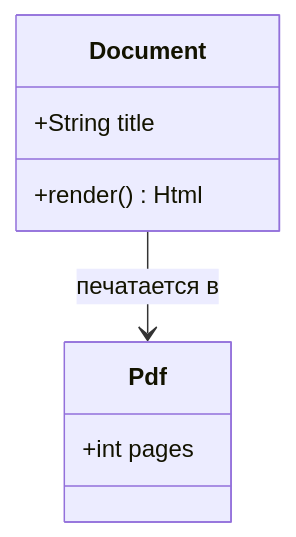
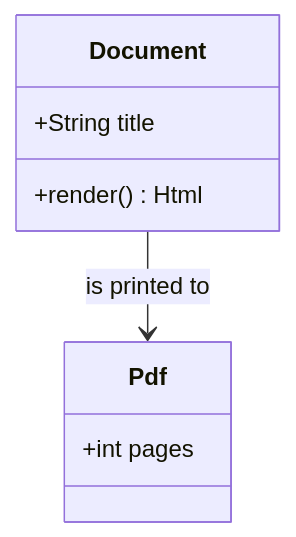
One commit to Kseen715/md2pdfX changed the third of 8 diagrams in examples/mermaid.md. Above: the diagram before and after it, drawn with Mermaid. The commit also changed other lines of this file and 25 other files, not shown here.

````diff
--- a/examples/mermaid.md
+++ b/examples/mermaid.md
@@ -35,11 +35,11 @@
 ```mermaid
 classDiagram
     class Document {
         +String title
         +render() Html
     }
     class Pdf {
         +int pages
     }
-    Document --> Pdf : печатается в
+    Document --> Pdf : is printed to
 ```
````
